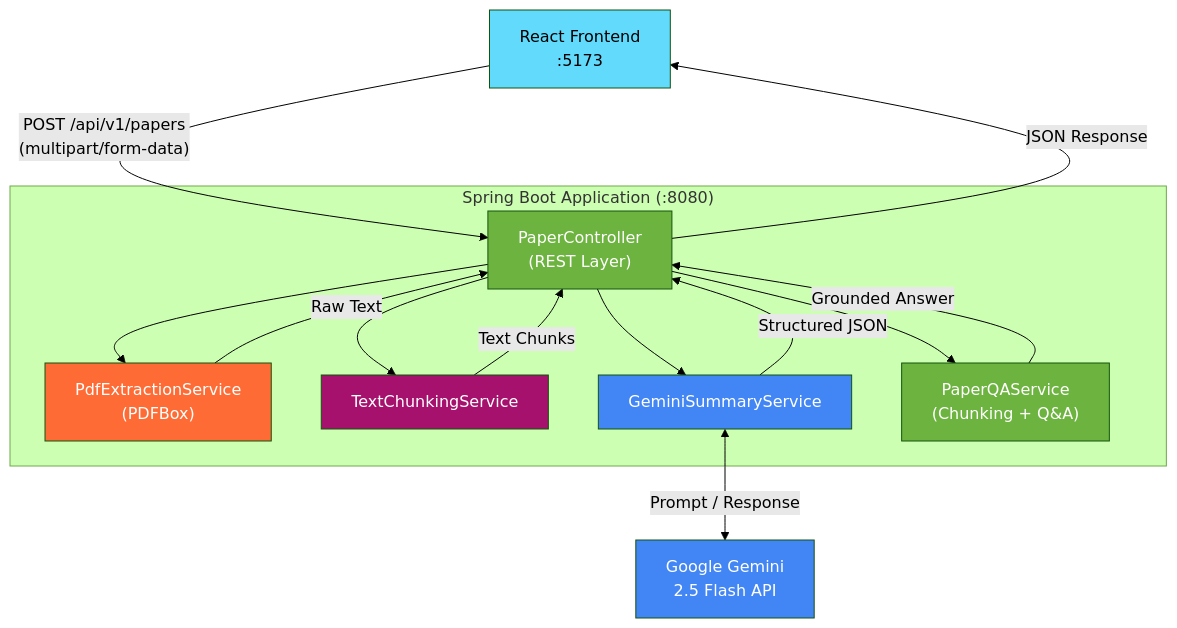
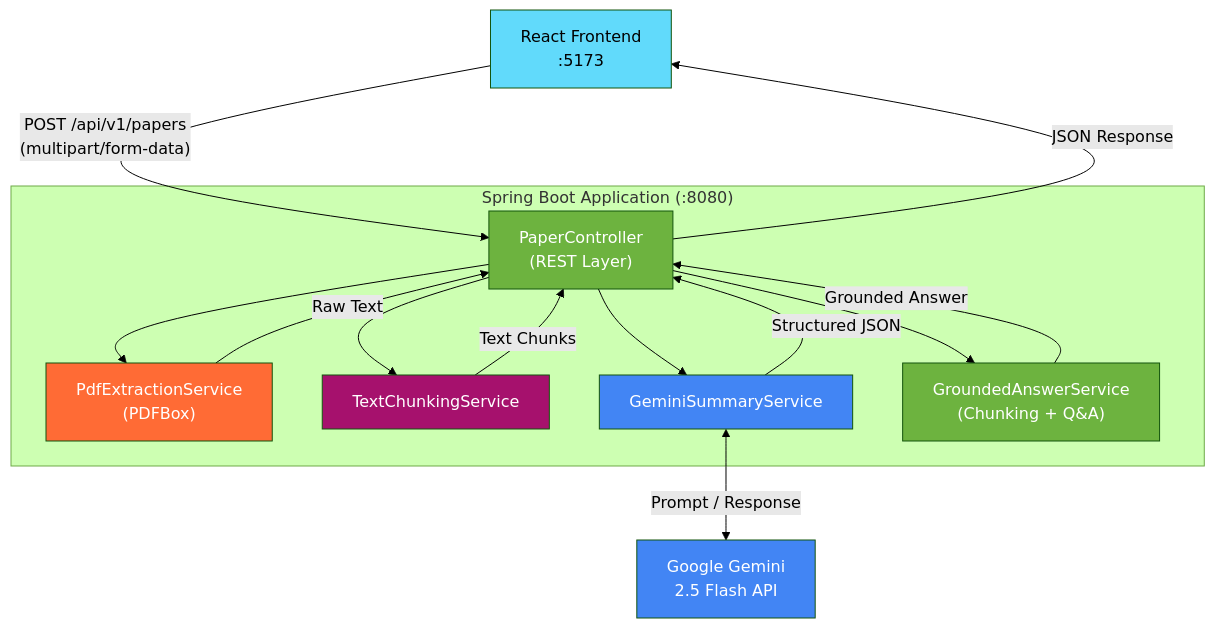
The diagram in papersage_backend/README.md (aRod209/papersage), drawn with Mermaid (forest theme) before and after one commit.

````diff
--- a/papersage_backend/README.md
+++ b/papersage_backend/README.md
@@ -25,29 +25,29 @@
 ```mermaid
 graph TD
     Client["React Frontend<br/>:5173"] -->|"POST /api/v1/papers<br/>(multipart/form-data)"| Controller
 
     subgraph "Spring Boot Application (:8080)"
         Controller["PaperController<br/>(REST Layer)"]
         Controller --> PDFService["PdfExtractionService<br/>(PDFBox)"]
         Controller --> ChunkService["TextChunkingService"]
         Controller --> AIService["GeminiSummaryService"]
-        Controller --> QAService["PaperQAService<br/>(Chunking + Q&A)"]
+        Controller --> QAService["GroundedAnswerService<br/>(Chunking + Q&A)"]
     end
 
     PDFService -->|"Raw Text"| Controller
     ChunkService -->|"Text Chunks"| Controller
     AIService -->|"Structured JSON"| Controller
     QAService -->|"Grounded Answer"| Controller
 
     AIService <-->|"Prompt / Response"| Gemini["Google Gemini<br/>2.5 Flash API"]
 
     Controller -->|"JSON Response"| Client
 
     style Client fill:#61DAFB,color:#000
     style Gemini fill:#4285F4,color:#fff
     style Controller fill:#6DB33F,color:#fff
     style PDFService fill:#ff6b35,color:#fff
     style ChunkService fill:#a6116d,color:#fff
     style AIService fill:#4285F4,color:#fff
     style QAService fill:#6DB33F,color:#fff
 ```
````
